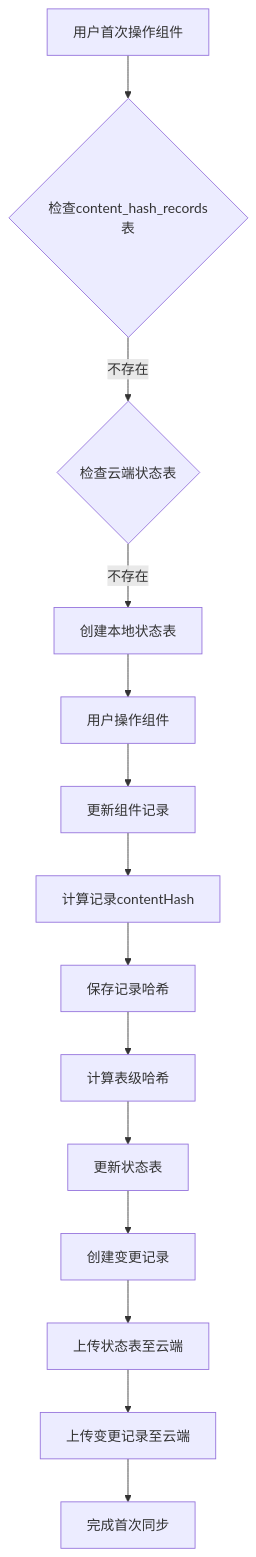
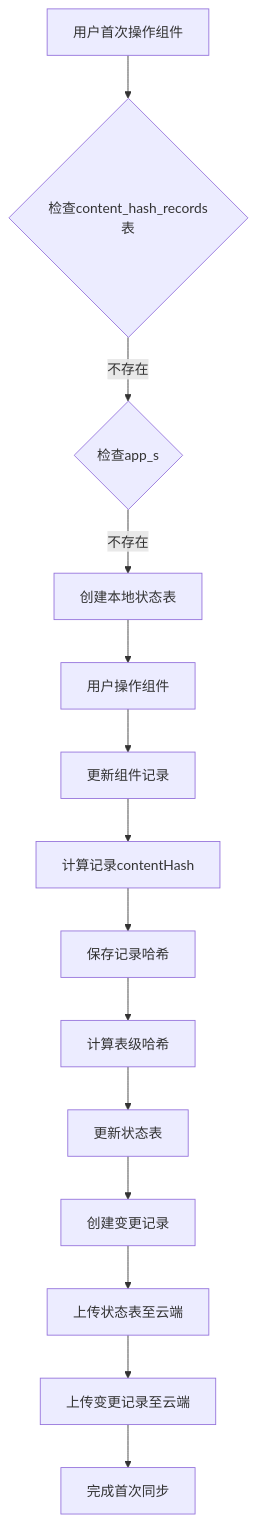
The diagram in all/未命名-42.md (yingjianzh/iodraw-files), drawn with Mermaid before and after one commit.

Commit message:
2025-04-24 16:02:54 update

````diff
--- a/all/未命名-42.md
+++ b/all/未命名-42.md
@@ -1,21 +1,21 @@
 ```mermaid
 flowchart TD
     Start[用户首次操作组件] --> CheckLocalState{检查content_hash_records表}
-    CheckLocalState -- 不存在 --> CheckCloudState{检查云端状态表}
+    CheckLocalState -- 不存在 --> CheckCloudState{检查app_s}
     
     CheckCloudState -- 不存在 --> CreateLocalState[创建本地状态表]
     CreateLocalState --> FirstOperation[用户操作组件]
     
     FirstOperation --> UpdateRecord[更新组件记录]
     UpdateRecord --> CalculateHash[计算记录contentHash]
     CalculateHash --> SaveRecordHash[保存记录哈希]
     
     SaveRecordHash --> CalculateTableHash[计算表级哈希]
     CalculateTableHash --> UpdateStateTable[更新状态表]
     
     UpdateStateTable --> CreateChange[创建变更记录]
     CreateChange --> UploadState[上传状态表至云端]
     UploadState --> UploadChanges[上传变更记录至云端]
     
     UploadChanges --> CompleteFirstSync[完成首次同步]
 ```
````
